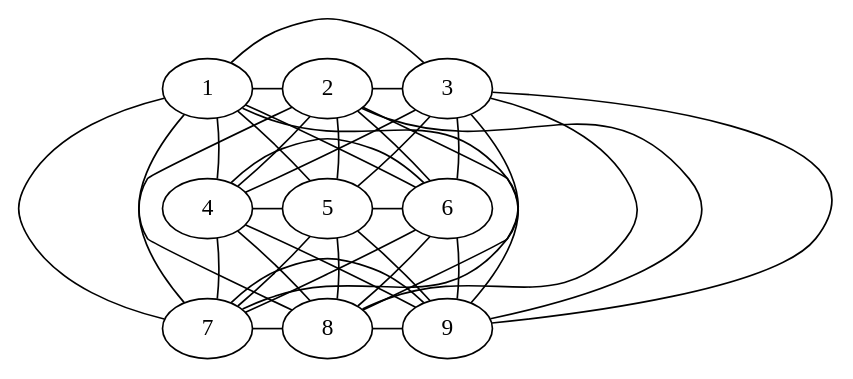
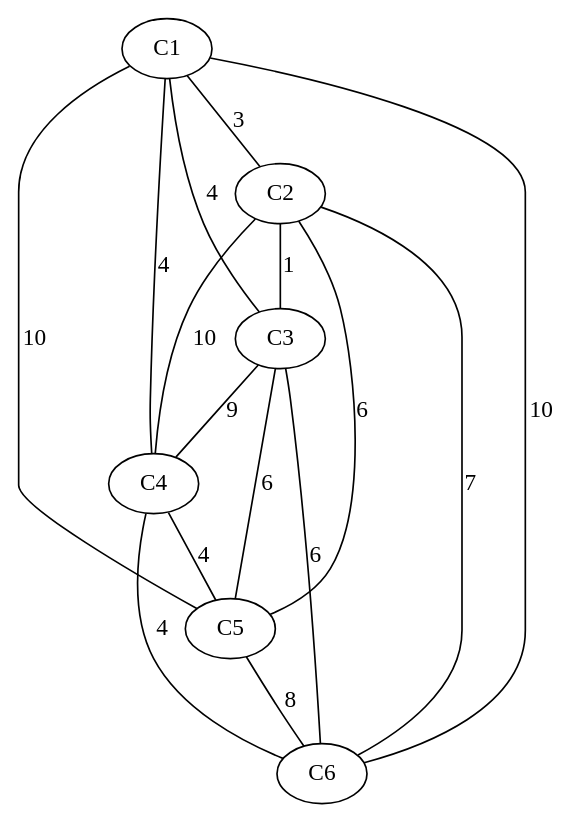
The diagram in Discussions/Traveling Salesman Problem/graph.dot (KalHourani/Lone-Star-College), drawn with Graphviz before and after one commit. The commit also changed 6 other files, not shown here.

```diff
--- a/Discussions/Traveling Salesman Problem/graph.dot
+++ b/Discussions/Traveling Salesman Problem/graph.dot
@@ -1,39 +1,18 @@
 graph G{
-{rank=same 1 2 3} -- {rank=same 4 5 6} -- {rank=same 7 8 9}[style=invis]
-1 -- 2
-1 -- 3
-1 -- 4
-1 -- 5
-1 -- 6
-1 -- 7
-1 -- 8
-1 -- 9
-2 -- 3
-2 -- 4
-2 -- 5
-2 -- 6
-2 -- 7
-2 -- 8
-2 -- 9
-3 -- 4
-3 -- 5
-3 -- 6
-3 -- 7
-3 -- 8
-3 -- 9
-4 -- 5
-4 -- 6
-4 -- 7
-4 -- 8
-4 -- 9
-5 -- 6
-5 -- 7
-5 -- 8
-5 -- 9
-6 -- 7
-6 -- 8
-6 -- 9
-7 -- 8
-7 -- 9
-8 -- 9
+//{rank=same C1 C2} -- {rank=same C3 C4} -- {rank=same C5 C6}[style=invis]
+C1 -- C2 [label="3", weight="3"];
+C1 -- C3 [label="4", weight="4"];
+C1 -- C4 [label="4", weight="4"];
+C1 -- C5 [label="10", weight="10"];
+C1 -- C6 [label="10", weight="10"];
+C2 -- C3 [label="1", weight="1"];
+C2 -- C4 [label="10", weight="10"];
+C2 -- C5 [label="6", weight="6"];
+C2 -- C6 [label="7", weight="7"];
+C3 -- C4 [label="9", weight="9"];
+C3 -- C5 [label="6", weight="6"];
+C3 -- C6 [label="6", weight="6"];
+C4 -- C5 [label="4", weight="4"];
+C4 -- C6 [label="4", weight="4"];
+C5 -- C6 [label="8", weight="8"];
 }
```
